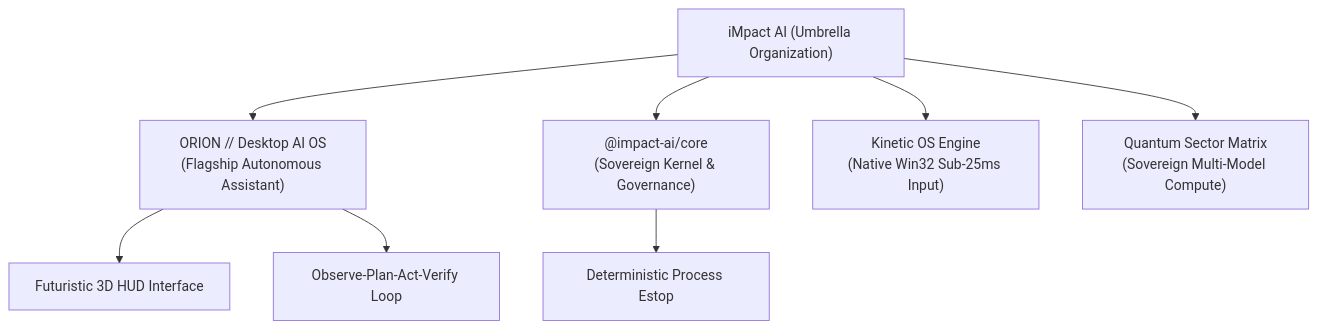
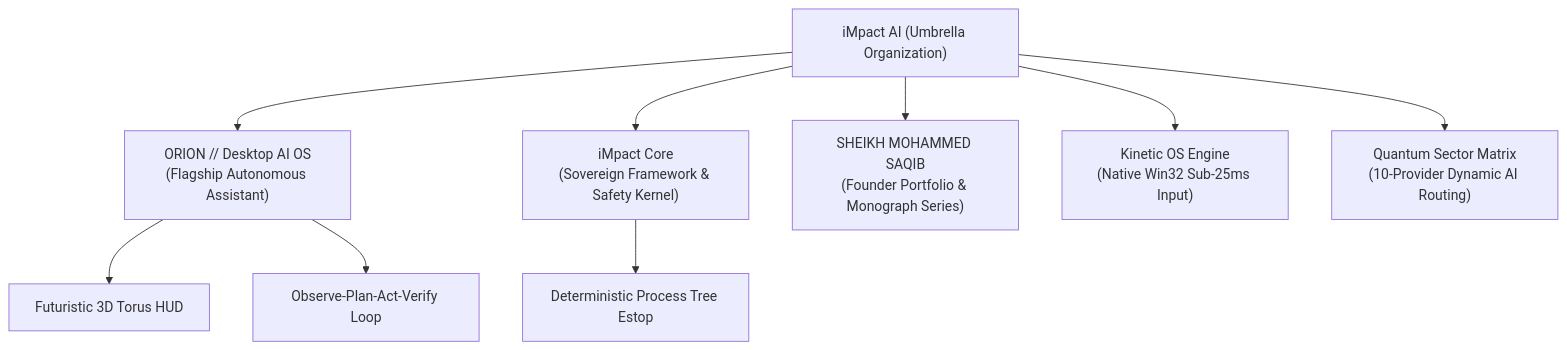
Before and after one commit to iMpacts-AI/.github: the diagram in profile/README.md, drawn with Mermaid. The commit also changed other lines of this file, not shown here.

Commit message:
docs(profile): elevate organization profile with new standards and capitalized founder identity

````diff
--- a/profile/README.md
+++ b/profile/README.md
@@ -24,11 +36,12 @@
 ```mermaid
 graph TD
     IMPACT["iMpact AI (Umbrella Organization)"] --> ORION["ORION // Desktop AI OS\n(Flagship Autonomous Assistant)"]
-    IMPACT --> CORE["@impact-ai/core\n(Sovereign Kernel & Governance)"]
+    IMPACT --> CORE["iMpact Core\n(Sovereign Framework & Safety Kernel)"]
+    IMPACT --> FOUNDER["SHEIKH MOHAMMED SAQIB\n(Founder Portfolio & Monograph Series)"]
     IMPACT --> KINETIC["Kinetic OS Engine\n(Native Win32 Sub-25ms Input)"]
-    IMPACT --> SECTORS["Quantum Sector Matrix\n(Sovereign Multi-Model Compute)"]
+    IMPACT --> SECTORS["Quantum Sector Matrix\n(10-Provider Dynamic AI Routing)"]
 
-    ORION --> ORION_HUD["Futuristic 3D HUD Interface"]
+    ORION --> ORION_HUD["Futuristic 3D Torus HUD"]
     ORION --> ORION_EXEC["Observe-Plan-Act-Verify Loop"]
-    CORE --> ESTOP["Deterministic Process Estop"]
+    CORE --> ESTOP["Deterministic Process Tree Estop"]
 ```
````
